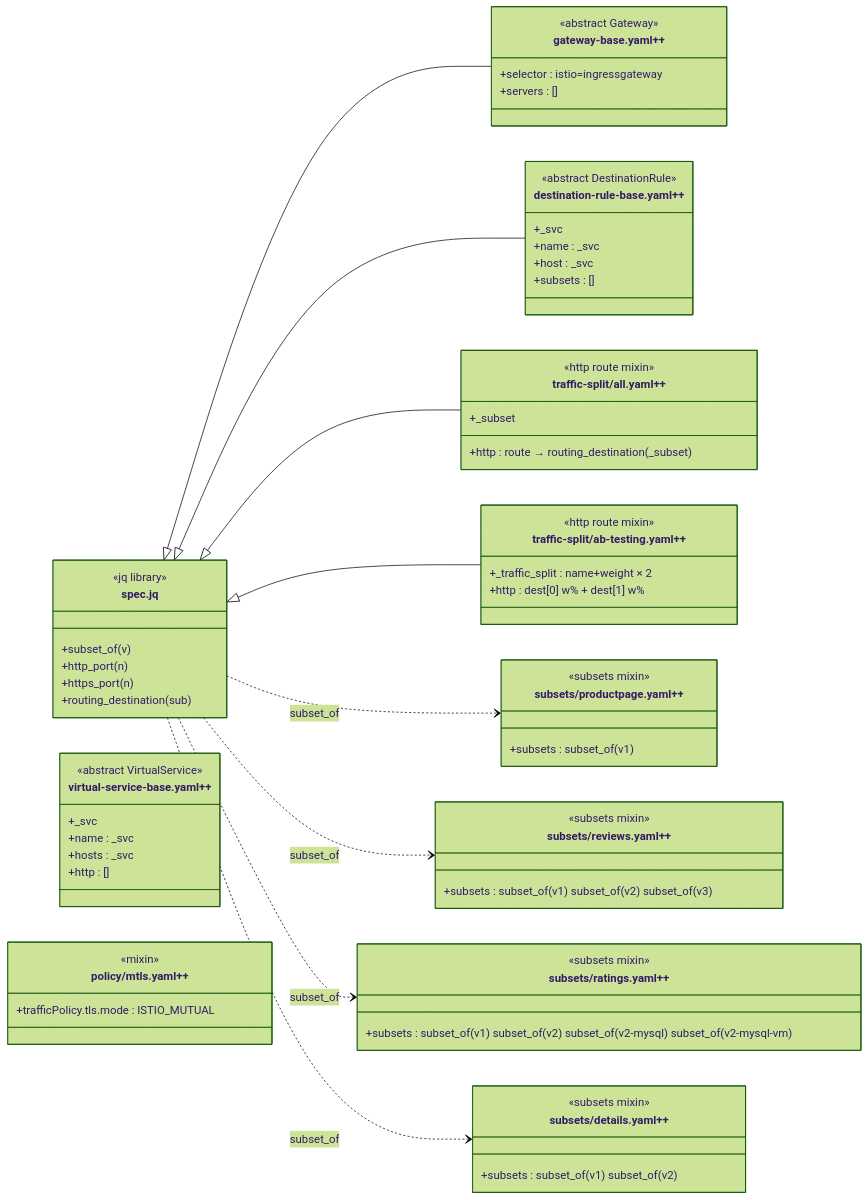
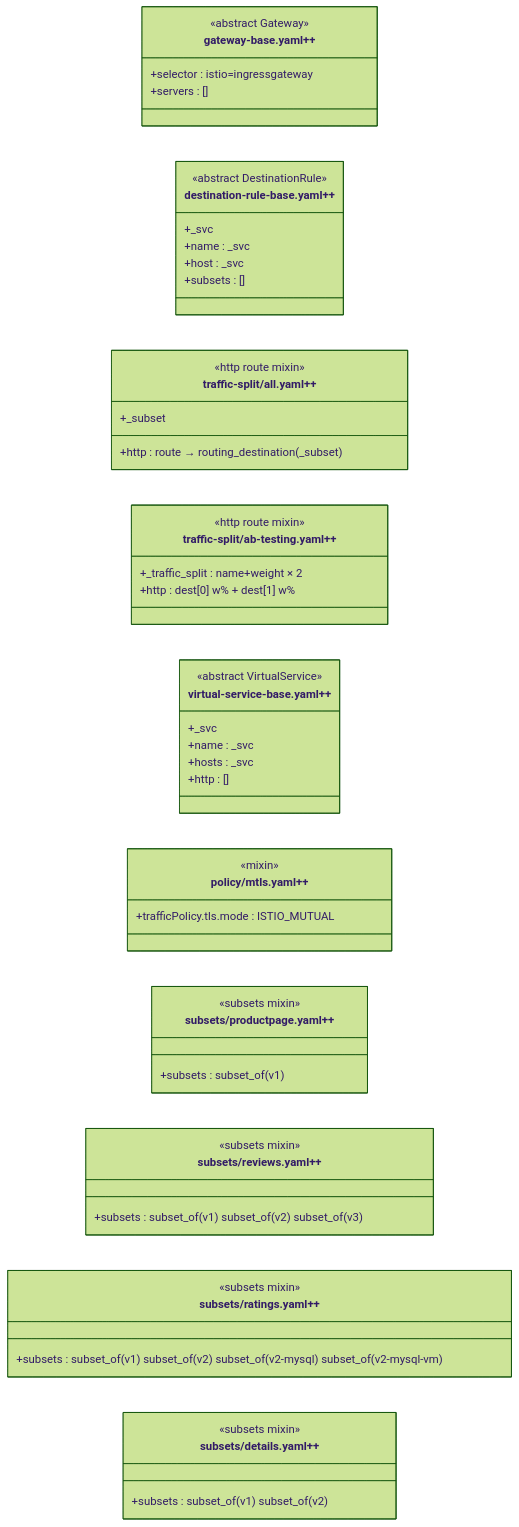
Before and after one commit to dakusui/istio: the diagram in samples/bookinfo/networking/.refactoring/refactored/shared/CLASS_DIAGRAM.md, drawn with Mermaid (forest theme). The commit also changed other lines of this file and 2 other files, not shown here.

Commit message:
docs(bookinfo): remove jq library nodes from class diagrams for readability
Remove spec.jq and subsets.jq class nodes and their dependency arrows
from all three networking class diagrams. The jq function details are
already visible in the base file stereotypes and attribute lists.

````diff
--- a/samples/bookinfo/networking/.refactoring/refactored/shared/CLASS_DIAGRAM.md
+++ b/samples/bookinfo/networking/.refactoring/refactored/shared/CLASS_DIAGRAM.md
@@ -8,80 +6,60 @@
 ```mermaid
 classDiagram
     direction LR
 
-    %% ── jq function library ──────────────────────────────────────────────
-    class specJq["spec.jq"] {
-        <<jq library>>
-        +subset_of(v)
-        +http_port(n)
-        +https_port(n)
-        +routing_destination(sub)
-    }
-
-    %% ── bases that $extends spec.jq ─────────────────────────────────────
+    %% ── bases ────────────────────────────────────────────────────────────
     class gatewayBase["gateway-base.yaml++"] {
         <<abstract Gateway>>
         +selector : istio=ingressgateway
         +servers : []
     }
     class drBase["destination-rule-base.yaml++"] {
         <<abstract DestinationRule>>
         +_svc
         +name : _svc
         +host : _svc
         +subsets : []
     }
     class tsAll["traffic-split/all.yaml++"] {
         <<http route mixin>>
         +_subset
         +http : route → routing_destination(_subset)
     }
     class tsAB["traffic-split/ab-testing.yaml++"] {
         <<http route mixin>>
         +_traffic_split : name+weight × 2
         +http : dest[0] w% + dest[1] w%
     }
 
     %% ── standalone bases (no $extends) ──────────────────────────────────
     class vsBase["virtual-service-base.yaml++"] {
         <<abstract VirtualService>>
         +_svc
         +name : _svc
         +hosts : _svc
         +http : []
     }
     class policyMtls["policy/mtls.yaml++"] {
         <<mixin>>
         +trafficPolicy.tls.mode : ISTIO_MUTUAL
     }
 
-    %% ── subsets mixins (use spec.jq via eval:object:spec::subset_of) ────
+    %% ── subsets mixins ───────────────────────────────────────────────────
     class subsProductpage["subsets/productpage.yaml++"] {
         <<subsets mixin>>
         +subsets : subset_of(v1)
     }
     class subsReviews["subsets/reviews.yaml++"] {
         <<subsets mixin>>
         +subsets : subset_of(v1) subset_of(v2) subset_of(v3)
     }
     class subsRatings["subsets/ratings.yaml++"] {
         <<subsets mixin>>
         +subsets : subset_of(v1) subset_of(v2) subset_of(v2-mysql) subset_of(v2-mysql-vm)
     }
     class subsDetails["subsets/details.yaml++"] {
         <<subsets mixin>>
         +subsets : subset_of(v1) subset_of(v2)
     }
 
-    %% ── spec.jq → derived bases ──────────────────────────────────────────
-    specJq <|-- gatewayBase
-    specJq <|-- drBase
-    specJq <|-- tsAll
-    specJq <|-- tsAB
-
-    %% ── subsets mixins depend on spec.jq for subset_of() ────────────────
-    specJq ..> subsProductpage : subset_of
-    specJq ..> subsReviews     : subset_of
-    specJq ..> subsRatings     : subset_of
-    specJq ..> subsDetails     : subset_of
 ```
````
